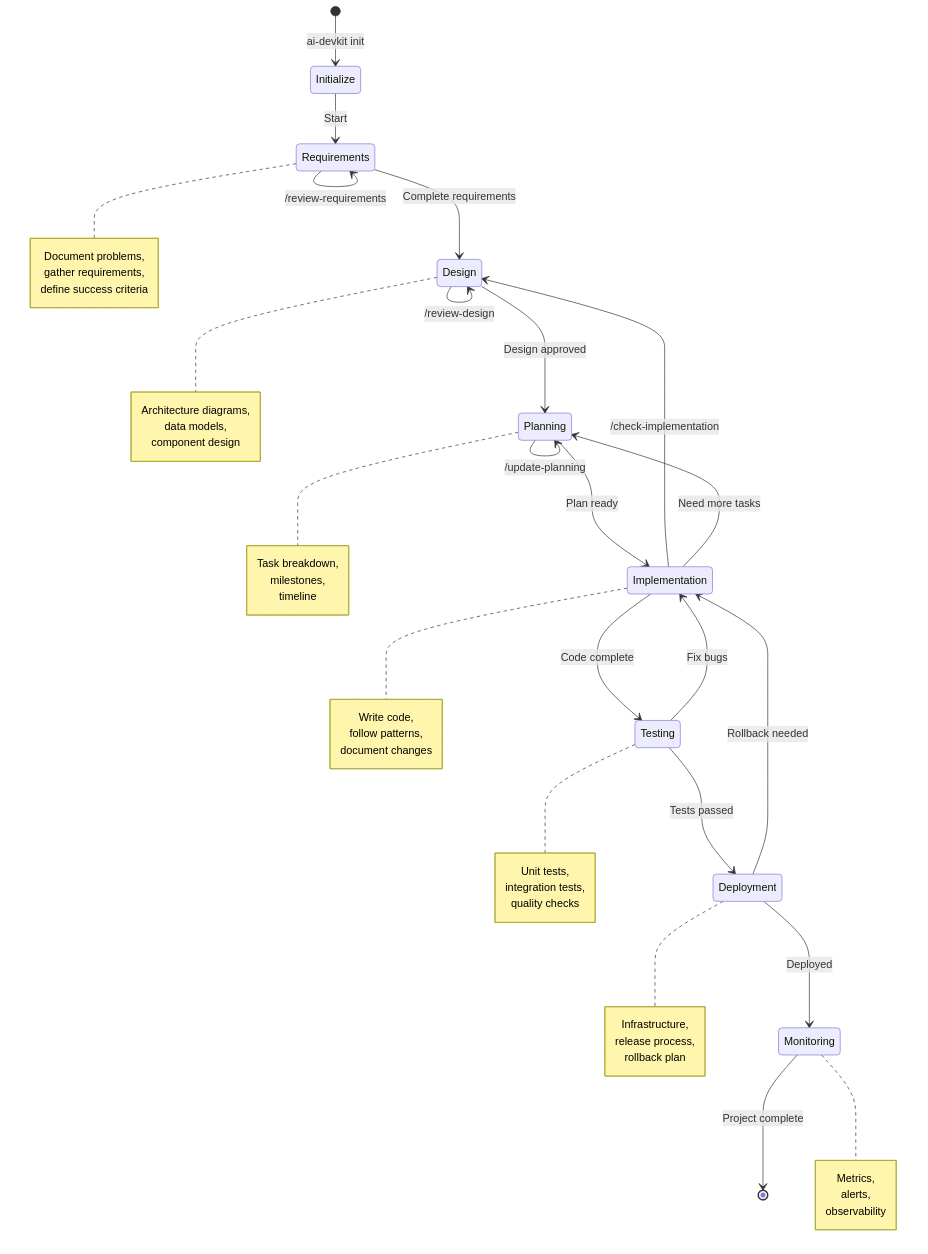
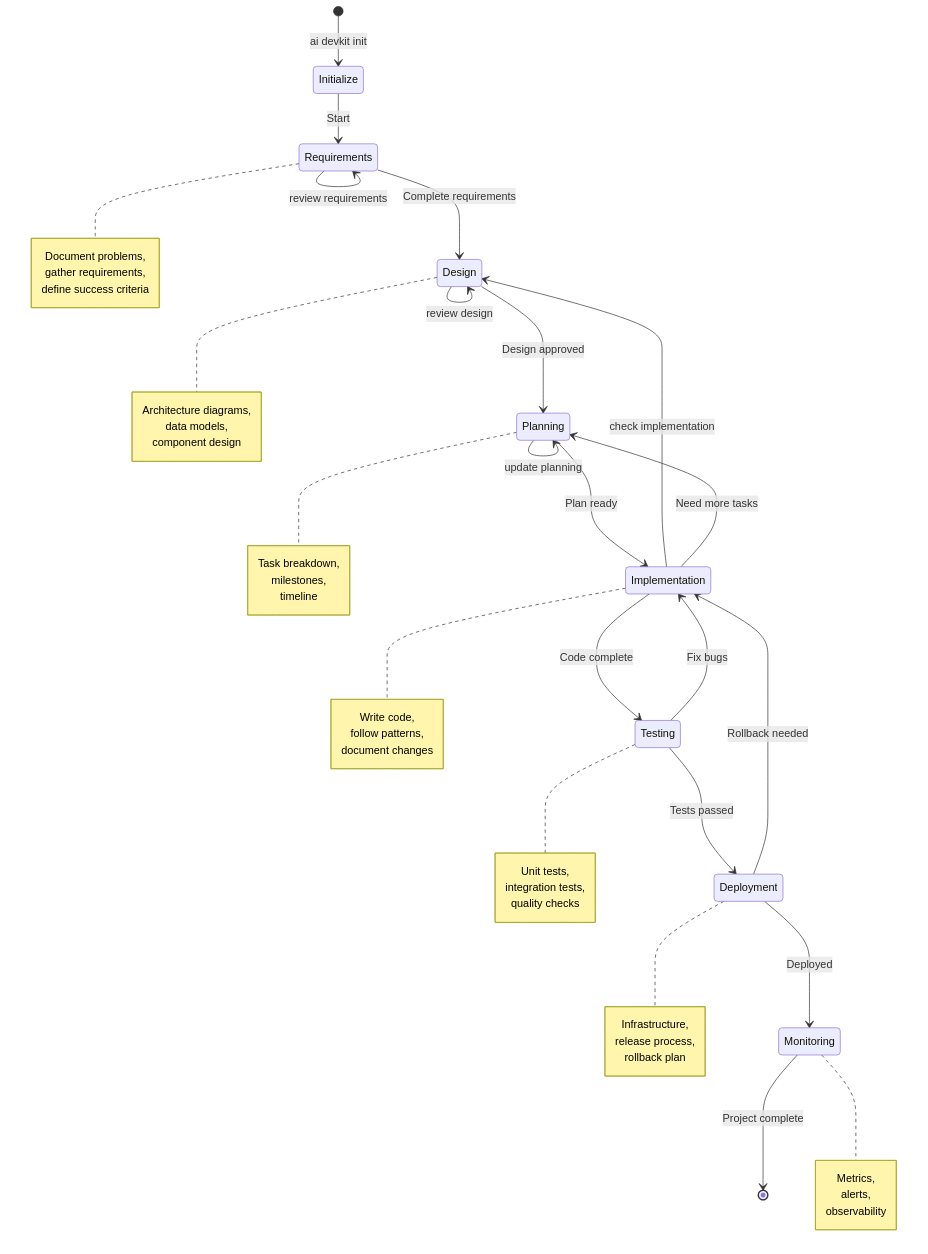
Before and after one commit to lytv/ai-devkit: the fifth of 5 diagrams in README.md, drawn with Mermaid. The commit also changed other lines of this file, not shown here.

Commit message:
ok fig diagram

````diff
--- a/README.md
+++ b/README.md
@@ -212,64 +196,64 @@
 ```mermaid
 stateDiagram-v2
-    [*] --> Initialize: ai-devkit init
+    [*] --> Initialize: ai devkit init
     
     Initialize --> Requirements: Start
     Requirements --> Design: Complete requirements
     Design --> Planning: Design approved
     Planning --> Implementation: Plan ready
     Implementation --> Testing: Code complete
     Testing --> Deployment: Tests passed
     Deployment --> Monitoring: Deployed
     
-    Requirements --> Requirements: /review-requirements
-    Design --> Design: /review-design
-    Planning --> Planning: /update-planning
-    Implementation --> Design: /check-implementation
+    Requirements --> Requirements: review requirements
+    Design --> Design: review design
+    Planning --> Planning: update planning
+    Implementation --> Design: check implementation
     Implementation --> Planning: Need more tasks
     Testing --> Implementation: Fix bugs
     Deployment --> Implementation: Rollback needed
     
     Monitoring --> [*]: Project complete
     
     note right of Requirements
         Document problems,
         gather requirements,
         define success criteria
     end note
     
     note right of Design
         Architecture diagrams,
         data models,
         component design
     end note
     
     note right of Planning
         Task breakdown,
         milestones,
         timeline
     end note
     
     note right of Implementation
         Write code,
         follow patterns,
         document changes
     end note
     
     note right of Testing
         Unit tests,
         integration tests,
         quality checks
     end note
     
     note right of Deployment
         Infrastructure,
         release process,
         rollback plan
     end note
     
     note right of Monitoring
         Metrics,
         alerts,
         observability
     end note
 ```
````
